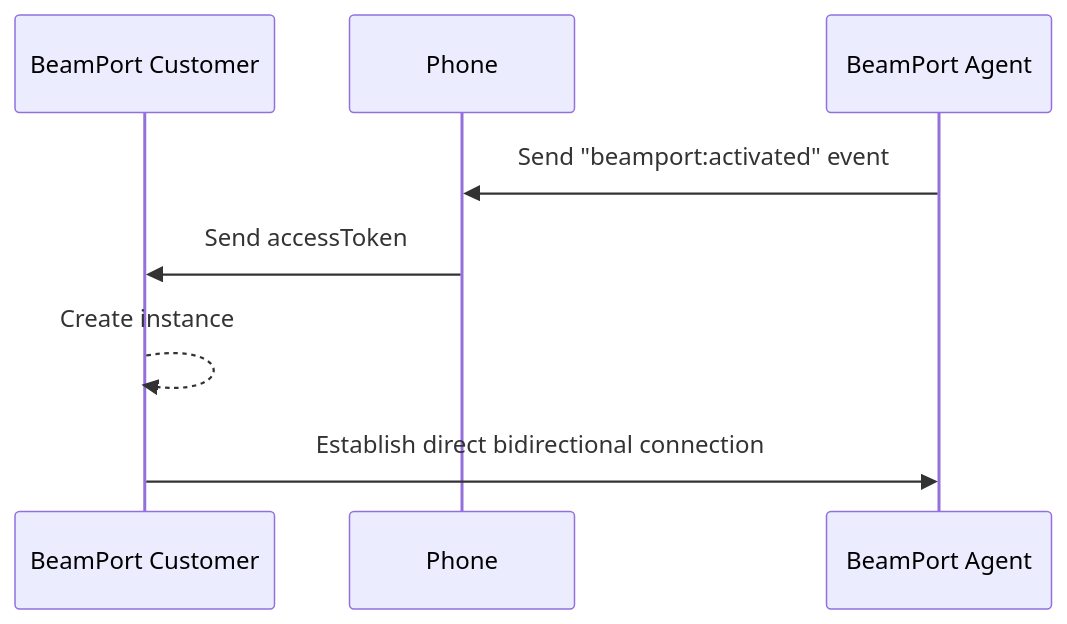
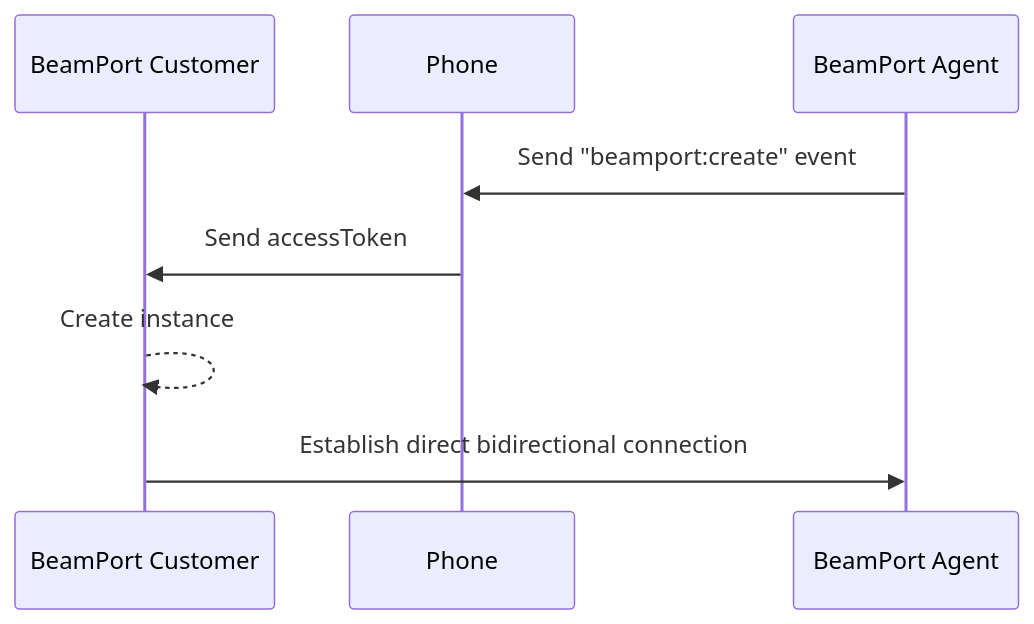
Before and after one commit to videsk/developers-docs-es: the diagram in sdks/intercambio-archivos/README.md, drawn with Mermaid. The commit also changed 1 other file, not shown here.

Commit message:
GITBOOK-217: change request with no subject merged in GitBook

````diff
--- a/sdks/intercambio-archivos/README.md
+++ b/sdks/intercambio-archivos/README.md
@@ -48,11 +48,11 @@
 ```mermaid
 sequenceDiagram
     participant User as BeamPort Customer
     participant Phone as Phone
     participant Agent as BeamPort Agent
 
-    Agent ->> Phone: Send "beamport:activated" event
+    Agent ->> Phone: Send "beamport:create" event
     Phone ->> User: Send accessToken
     User -->> User: Create instance
     User ->> Agent: Establish direct bidirectional connection
 ```
````
